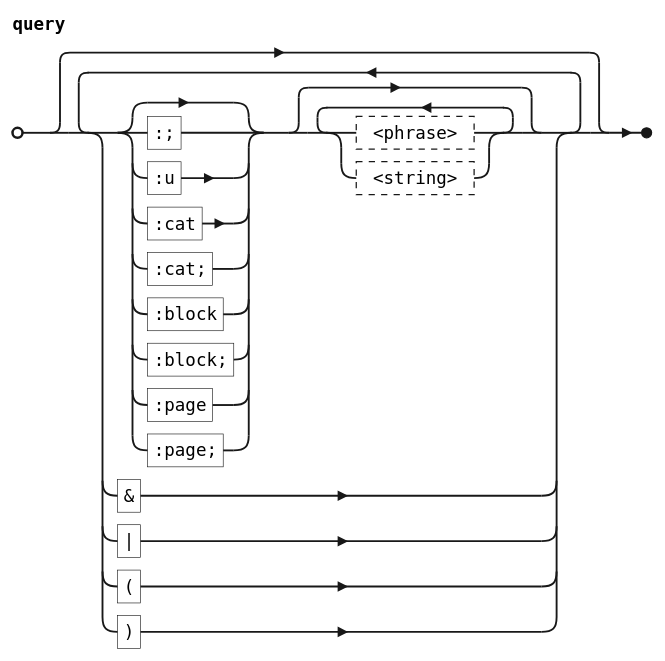
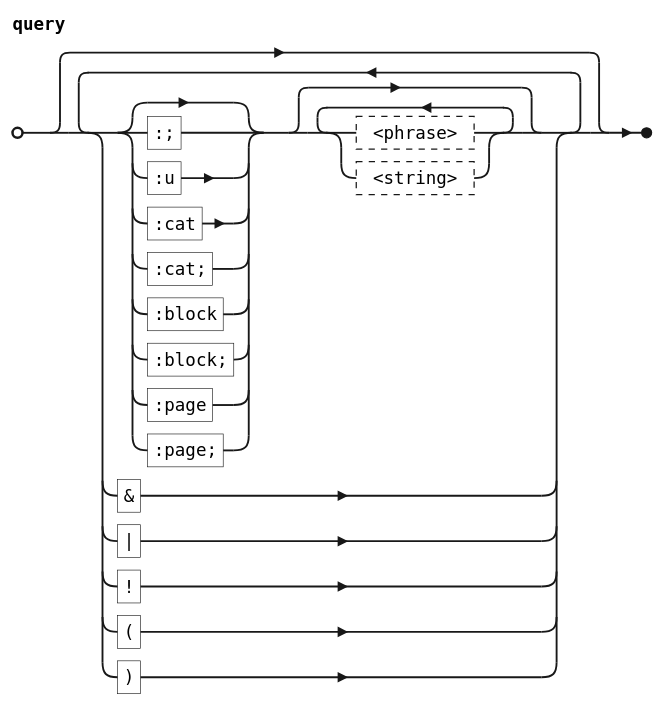
One commit to molarmanful/bited changed the diagram in docs/manual/finder.md. Above: the diagram before and after it, drawn with PlantUML. The commit also changed other lines of this file and 3 other files, not shown here.

````diff
--- a/docs/manual/finder.md
+++ b/docs/manual/finder.md
@@ -31,19 +31,19 @@
 ```puml
 @startebnf
 
 <style>
   root {
     FontName DejaVu Sans Mono
   }
 </style>
 
 query = {
   (
     [":;" | ":u" | ":cat" | ":cat;" | ":block" | ":block;" | ":page" | ":page;"],
     {? <phrase> ? | ? <string> ?}
   )
-  | "&" | "|" | "(" | ")"
+  | "&" | "|" | "!" | "(" | ")"
 };
 
 @endebnf
 ```
````
